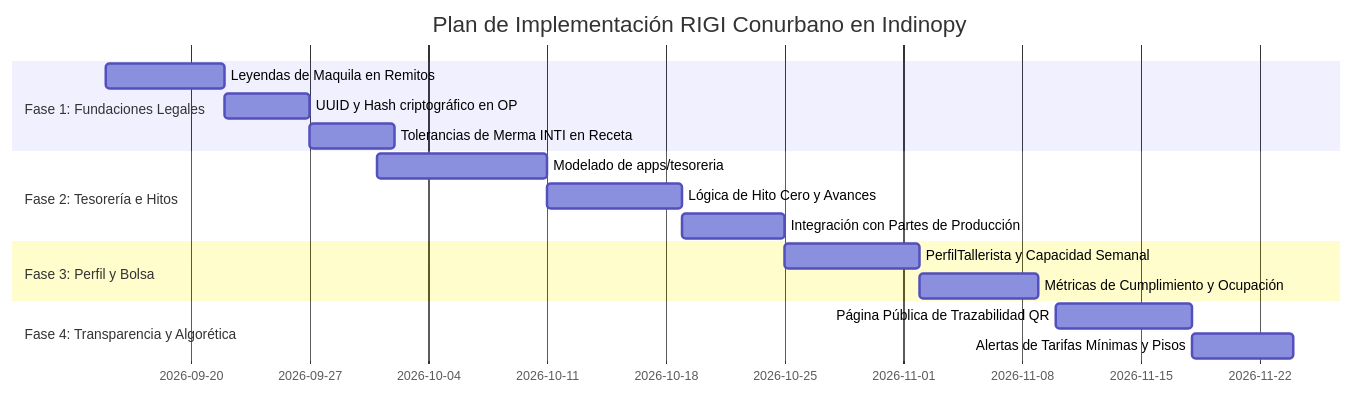
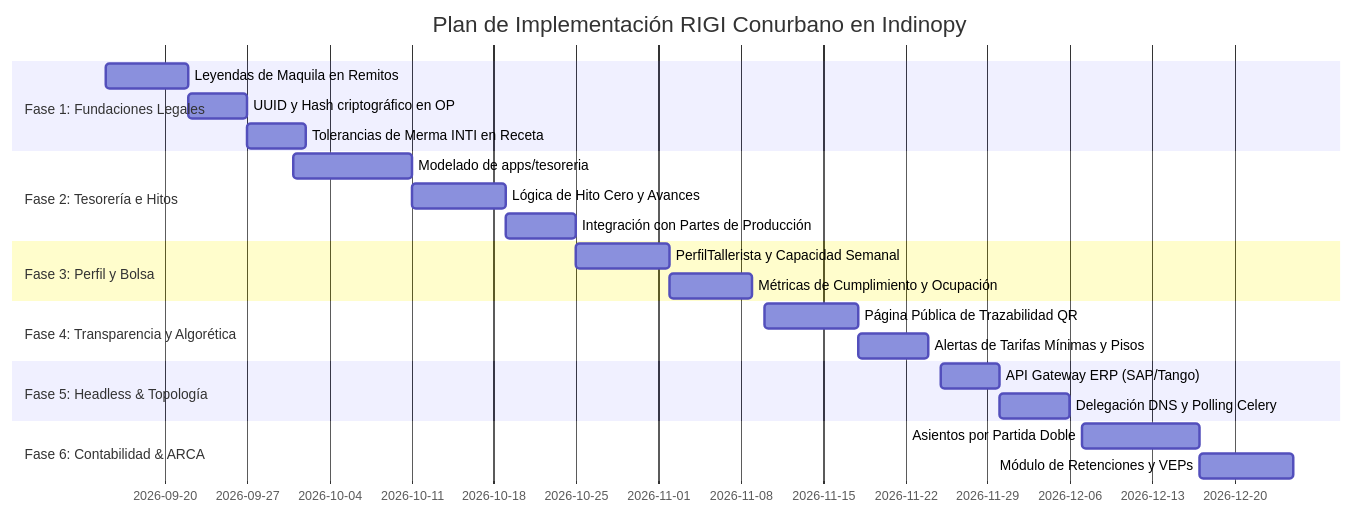
Before and after one commit to sarthouse/indinopy: the fourth of 4 diagrams in docs/analisis_rigi_conurbano_implementacion.md, drawn with Mermaid. The commit also changed other lines of this file, not shown here.

````diff
--- a/docs/analisis_rigi_conurbano_implementacion.md
+++ b/docs/analisis_rigi_conurbano_implementacion.md
@@ -453,19 +470,25 @@
 ```mermaid
 gantt
     title Plan de Implementación RIGI Conurbano en Indinopy
     dateFormat  YYYY-MM-DD
     section Fase 1: Fundaciones Legales
     Leyendas de Maquila en Remitos          :a1, 2026-09-15, 7d
     UUID y Hash criptográfico en OP         :a2, after a1, 5d
     Tolerancias de Merma INTI en Receta     :a3, after a2, 5d
     section Fase 2: Tesorería e Hitos
     Modelado de apps/tesoreria              :b1, 2026-10-01, 10d
     Lógica de Hito Cero y Avances           :b2, after b1, 8d
     Integración con Partes de Producción    :b3, after b2, 6d
     section Fase 3: Perfil y Bolsa
     PerfilTallerista y Capacidad Semanal    :c1, 2026-10-25, 8d
     Métricas de Cumplimiento y Ocupación    :c2, after c1, 7d
     section Fase 4: Transparencia y Algorética
     Página Pública de Trazabilidad QR       :d1, 2026-11-10, 8d
     Alertas de Tarifas Mínimas y Pisos      :d2, after d1, 6d
+    section Fase 5: Headless & Topología
+    API Gateway ERP (SAP/Tango)             :e1, 2026-11-25, 5d
+    Delegación DNS y Polling Celery         :e2, after e1, 6d
+    section Fase 6: Contabilidad & ARCA
+    Asientos por Partida Doble              :f1, 2026-12-07, 10d
+    Módulo de Retenciones y VEPs            :f2, after f1, 8d
 ```
````
